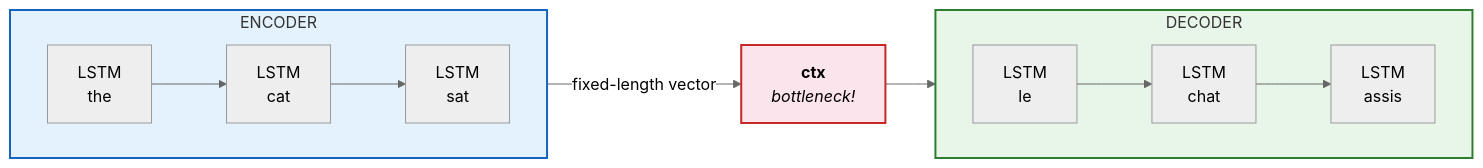
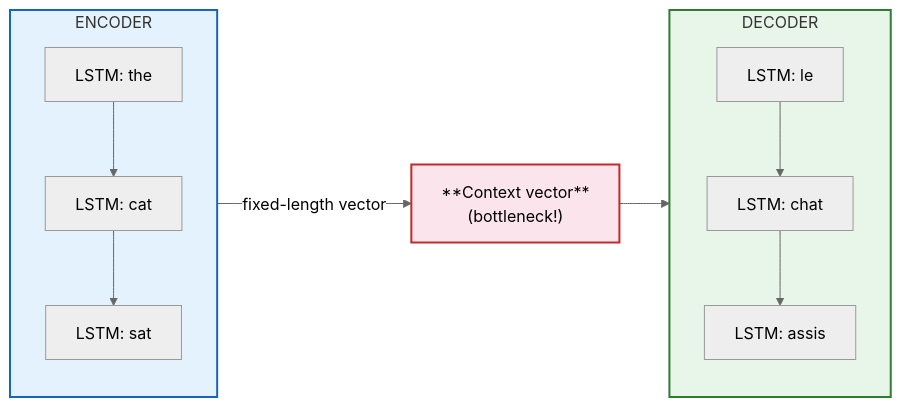
The diagram in part-1-foundations/module-03-sequence-models-attention/images/fig-3.1.6-seq2seq.mmd (ApartsinProjects/LLMBook), drawn with Mermaid (neutral theme) before and after one commit. The commit also changed 1247 other files, not shown here.

```diff
--- a/part-1-foundations/module-03-sequence-models-attention/images/fig-3.1.6-seq2seq.mmd
+++ b/part-1-foundations/module-03-sequence-models-attention/images/fig-3.1.6-seq2seq.mmd
@@ -1,16 +1,18 @@
 flowchart LR
     subgraph ENC["ENCODER"]
-        direction LR
-        E1["LSTM<br/>the"] --> E2["LSTM<br/>cat"] --> E3["LSTM<br/>sat"]
-    end
-    CTX["<b>ctx</b><br/><i>bottleneck!</i>"]
-    subgraph DEC["DECODER"]
-        direction LR
-        D1["LSTM<br/>le"] --> D2["LSTM<br/>chat"] --> D3["LSTM<br/>assis"]
+        direction TB
+        E1["LSTM: the"] --> E2["LSTM: cat"] --> E3["LSTM: sat"]
     end
 
-    E3 -->|"fixed-length vector"| CTX --> D1
+    CTX["**Context vector**\n(bottleneck!)"]
+
+    subgraph DEC["DECODER"]
+        direction TB
+        D1["LSTM: le"] --> D2["LSTM: chat"] --> D3["LSTM: assis"]
+    end
+
+    ENC -->|"fixed-length vector"| CTX --> DEC
 
     style ENC fill:#e3f2fd,stroke:#1565c0,stroke-width:2px
     style DEC fill:#e8f5e9,stroke:#2e7d32,stroke-width:2px
     style CTX fill:#fce4ec,stroke:#c62828,stroke-width:2px
```
